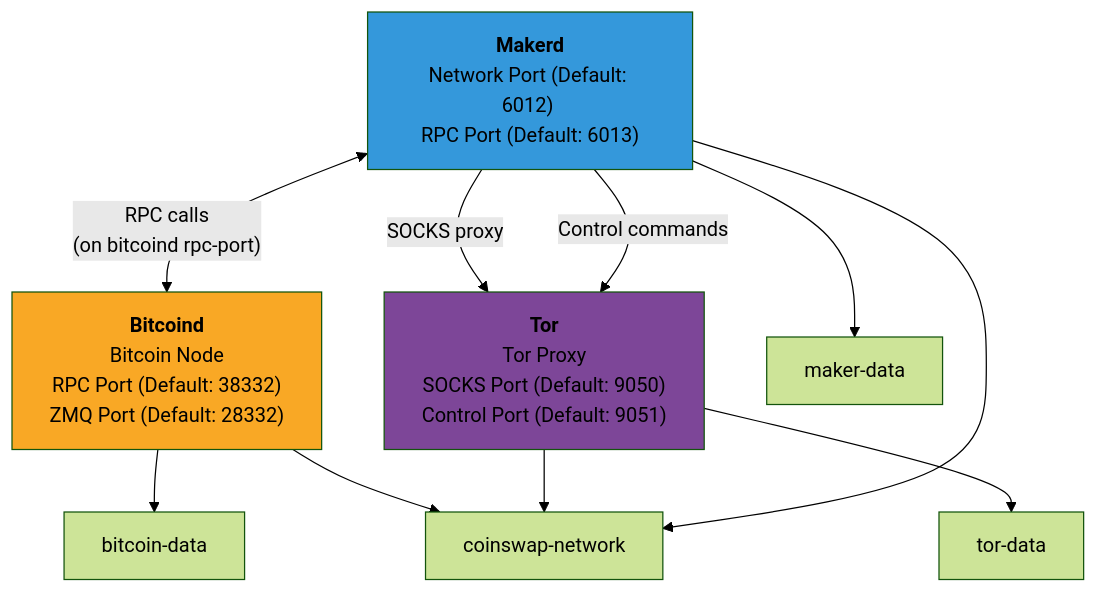
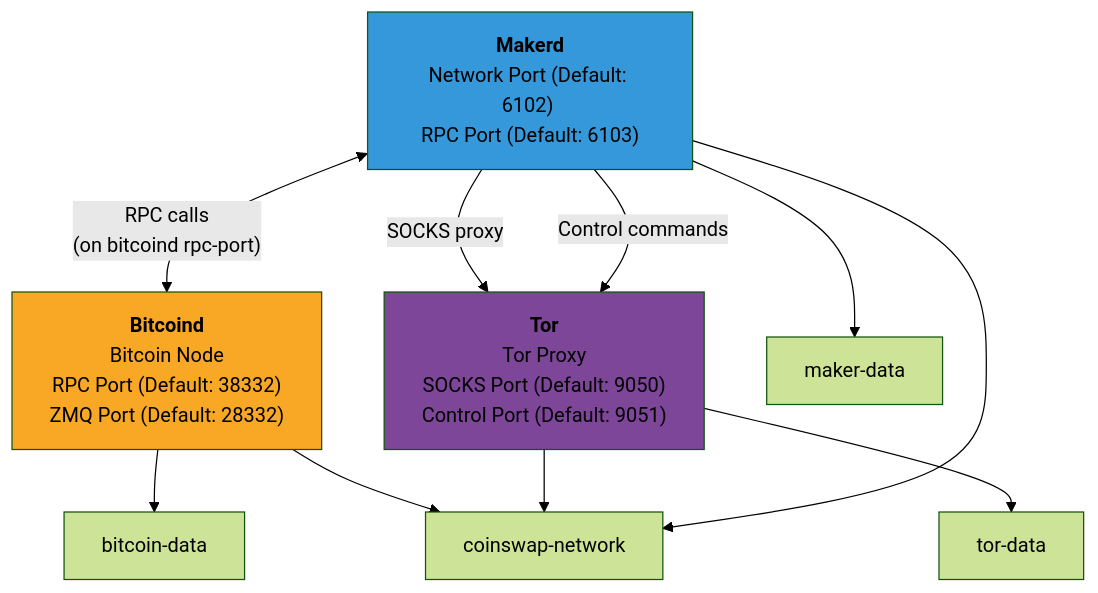
One commit to citadel-tech/coinswap changed the diagram in docs/docker.md. Above: the diagram before and after it, drawn with Mermaid (forest theme). The commit also changed other lines of this file and 2 other files, not shown here.

Commit message:
docker: correct makerd ports

````diff
--- a/docs/docker.md
+++ b/docs/docker.md
@@ -26,32 +26,32 @@
 ```mermaid
 graph TD
     bitcoind["<b>Bitcoind</b><br/>Bitcoin Node<br/>RPC Port (Default: 38332)<br/>ZMQ Port (Default: 28332)"]
     tor["<b>Tor</b><br/>Tor Proxy<br/>SOCKS Port (Default: 9050)<br/>Control Port (Default: 9051)"]
-    makerd["<b>Makerd</b><br/>Network Port (Default: 6012) <br/>RPC Port (Default: 6013)"]
+    makerd["<b>Makerd</b><br/>Network Port (Default: 6102) <br/>RPC Port (Default: 6103)"]
     
     bitcoin_vol["bitcoin-data"]
     tor_vol["tor-data"]
     maker_vol["maker-data"]
     
     network["coinswap-network"]
     
     makerd <-->|"RPC calls <br> (on bitcoind rpc-port)"| bitcoind
     makerd -->|SOCKS proxy| tor
     makerd -->|Control commands| tor
     
     bitcoind --> bitcoin_vol
     tor --> tor_vol
     makerd --> maker_vol
     
     bitcoind --> network
     tor --> network
     makerd --> network
     
     style bitcoind fill:#f9a825
     style tor fill:#7d4698
     style makerd fill:#3498db
     style network fill:#e8f4f
     style bitcoin_vol fill:#ecf0f
     style tor_vol fill:#ecf0f
     style maker_vol fill:#fcf0f
 ```
````
